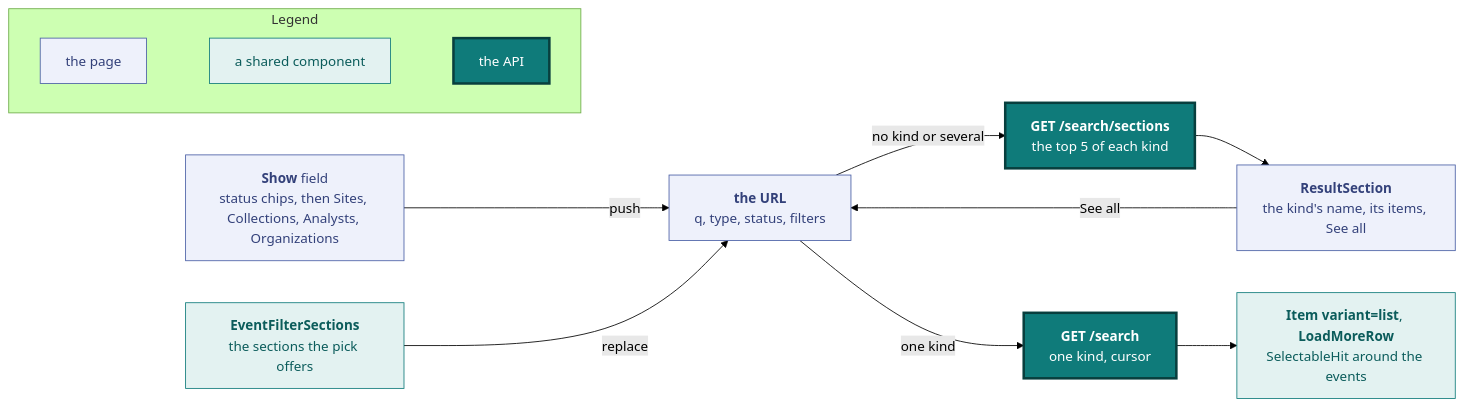
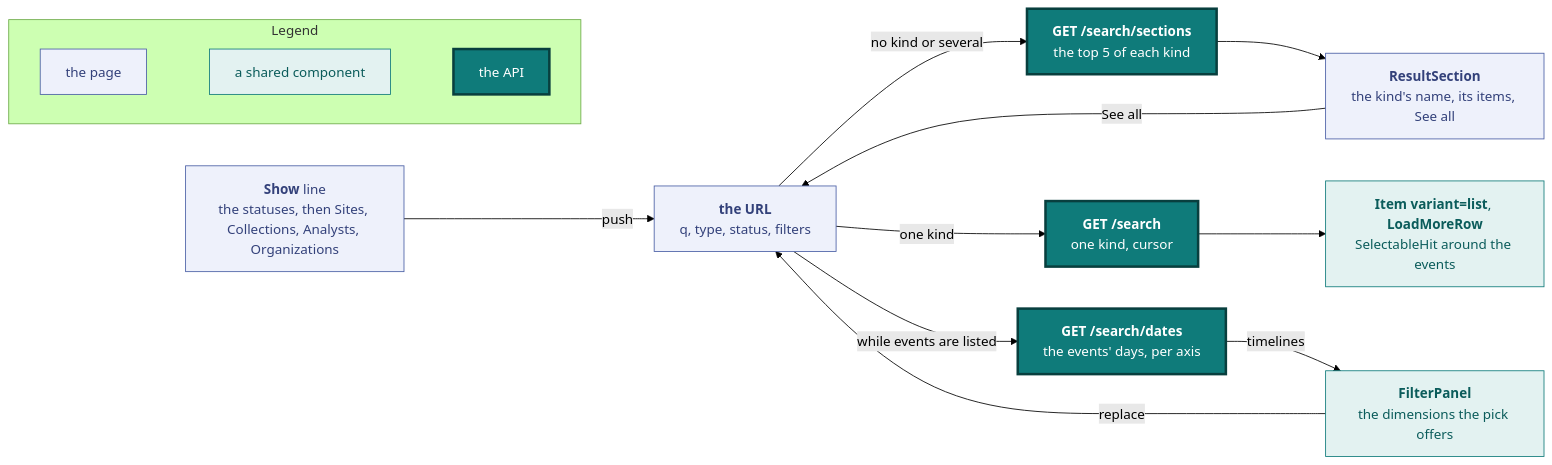
Diagram 20 of 23 in docs/design.md (vidithq/vidit), drawn with Mermaid (forest theme) before and after one commit. The commit also changed other lines of this file and 5 other files, not shown here.

First line of the commit message:
docs(design): one filter model and its panel, with the dimensions by surface

````diff
--- a/docs/design.md
+++ b/docs/design.md
@@ -1948,37 +1982,41 @@
 ```mermaid
 flowchart LR
   classDef spec fill:#eef1fb,stroke:#4a5fa5,color:#33417a
   classDef shared fill:#e3f2f1,stroke:#0f7b7a,color:#0b5c5b
   classDef core fill:#0f7b7a,stroke:#083f3e,stroke-width:3px,color:#ffffff
 
   subgraph legend [Legend]
     direction LR
     l1["`the page`"]:::spec
     l2["`a shared component`"]:::shared
     l3["`the API`"]:::core
     l1 ~~~ l2 ~~~ l3
   end
 
   url["`**the URL**
   q, type, status, filters`"]:::spec
-  show["`**Show** field
-  status chips, then Sites, Collections, Analysts, Organizations`"]:::spec
-  panel["`**EventFilterSections**
-  the sections the pick offers`"]:::shared
+  show["`**Show** line
+  the statuses, then Sites, Collections, Analysts, Organizations`"]:::spec
+  panel["`**FilterPanel**
+  the dimensions the pick offers`"]:::shared
+  datesApi["`**GET /search/dates**
+  the events' days, per axis`"]:::core
   sectionsApi["`**GET /search/sections**
   the top 5 of each kind`"]:::core
   listApi["`**GET /search**
   one kind, cursor`"]:::core
   sections["`**ResultSection**
   the kind's name, its items, See all`"]:::spec
   list["`**Item variant=list**, **LoadMoreRow**
   SelectableHit around the events`"]:::shared
 
   show -->|"push"| url
   panel -->|"replace"| url
   url -->|"no kind or several"| sectionsApi
   url -->|"one kind"| listApi
   sectionsApi --> sections
   listApi --> list
   sections -->|"See all"| url
+  url -->|"while events are listed"| datesApi
+  datesApi -->|"timelines"| panel
 ```
````
